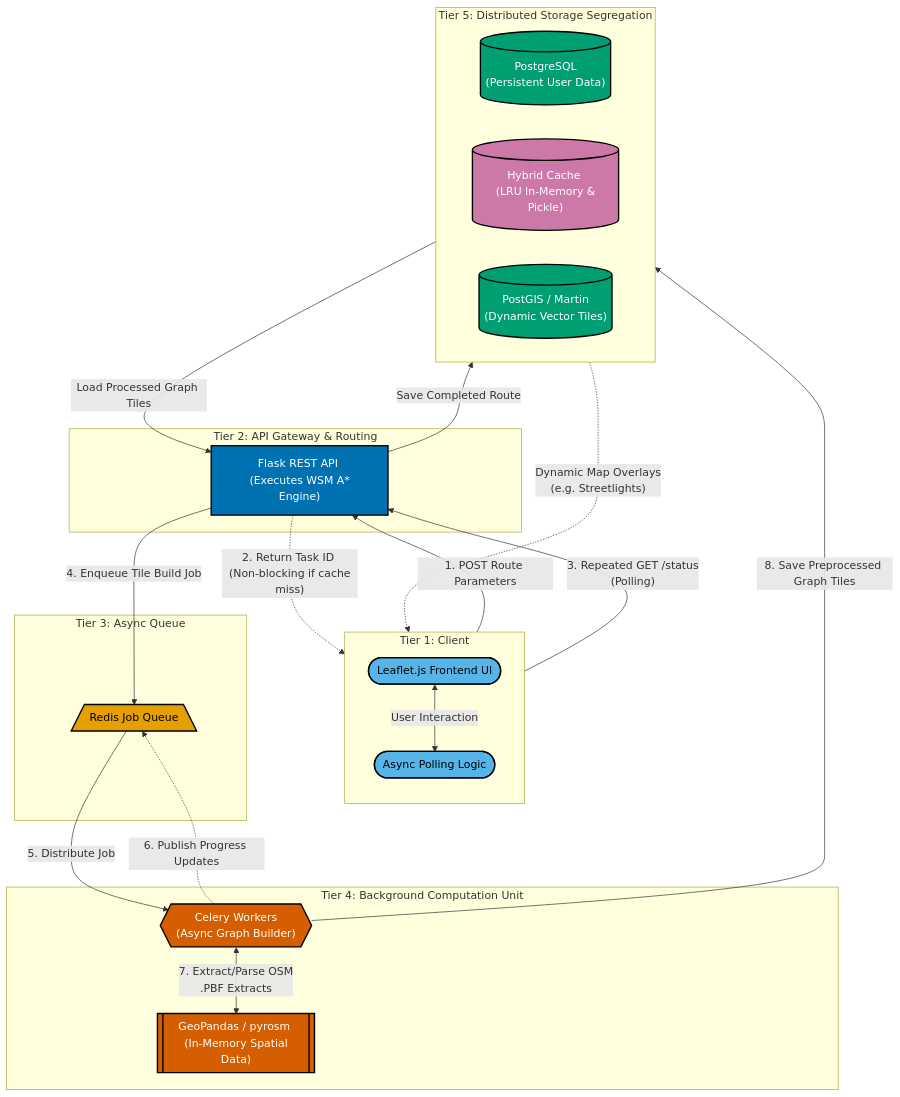
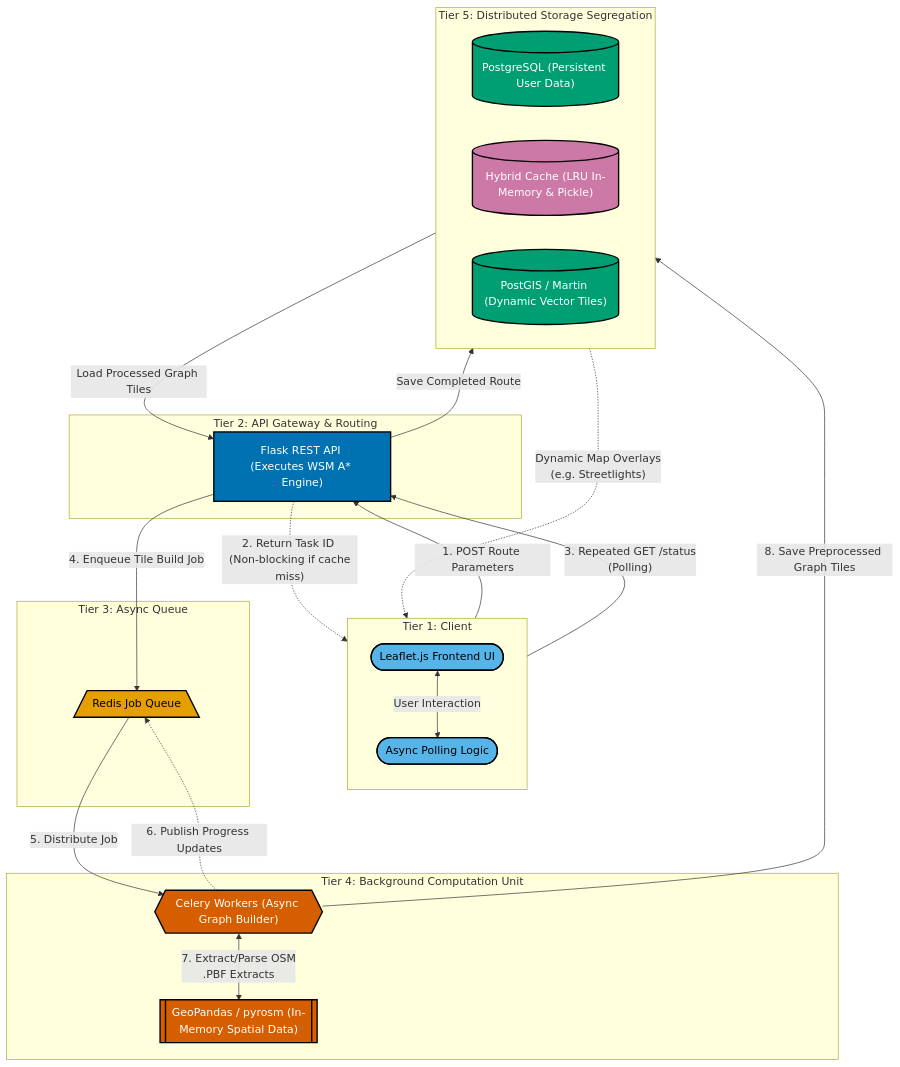
The diagram in docs/report_diagrams/1_async_architecture_data_flow.md (Chimpyr/pathfinder-project), drawn with Mermaid before and after one commit. The commit also changed other lines of this file and 13 other files, not shown here.

Commit message:
Fix trunk and REDIS race condition, with DIAGRAMS

````diff
--- a/docs/report_diagrams/1_async_architecture_data_flow.md
+++ b/docs/report_diagrams/1_async_architecture_data_flow.md
@@ -6,63 +6,52 @@
 ```mermaid
-flowchart TD
-    %% Define Okabe-Ito Accessible Colour Palette
+flowchart TB
+ subgraph Tier1["Tier 1: Client"]
+    direction TB
+        Frontend(["Leaflet.js Frontend UI"])
+        Polling(["Async Polling Logic"])
+  end
+ subgraph Tier2["Tier 2: API Gateway & Routing"]
+        Flask["Flask REST API (Executes WSM A* Engine)"]
+  end
+ subgraph Tier3["Tier 3: Async Queue"]
+        Redis[/"Redis Job Queue"\]
+  end
+ subgraph Tier4["Tier 4: Background Computation Unit"]
+        Celery{{"Celery Workers (Async Graph Builder)"}}
+        GeoPandas[["GeoPandas / pyrosm (In-Memory Spatial Data)"]]
+  end
+ subgraph Tier5["Tier 5: Distributed Storage Segregation"]
+    direction LR
+        UserDB[("PostgreSQL (Persistent User Data)")]
+        Cache[("Hybrid Cache (LRU In-Memory &amp; Pickle)")]
+        PostGIS[("PostGIS / Martin (Dynamic Vector Tiles)")]
+  end
+    Frontend <-- User Interaction --> Polling
+    Polling -- "1. POST Route Parameters" --> Flask
+    Flask -. "2. Return Task ID \n (Non-blocking if cache miss)" .-> Polling
+    Polling -- "3. Repeated GET /status \n (Polling)" --> Flask
+    PostGIS -. "Dynamic Map Overlays \n (e.g. Streetlights)" .-> Frontend
+    Flask -- "4. Enqueue Tile Build Job" --> Redis
+    Redis -- "5. Distribute Job" --> Celery
+    Celery -. "6. Publish Progress Updates" .-> Redis
+    Cache -- Load Processed Graph Tiles --> Flask
+    Flask -- Save Completed Route --> UserDB
+    Celery <-- "7. Extract/Parse OSM \n .PBF Extracts" --> GeoPandas
+    Celery -- "8. Save Preprocessed Graph Tiles" --> Cache
+
+     Frontend:::client
+     Polling:::client
+     Flask:::api
+     Redis:::broker
+     Celery:::processing
+     GeoPandas:::processing
+     UserDB:::db
+     Cache:::cache
+     PostGIS:::db
     classDef client fill:#56B4E9,stroke:#000000,stroke-width:2px,color:#000000
     classDef api fill:#0072B2,stroke:#000000,stroke-width:2px,color:#FFFFFF
     classDef broker fill:#E69F00,stroke:#000000,stroke-width:2px,color:#000000
     classDef processing fill:#D55E00,stroke:#000000,stroke-width:2px,color:#FFFFFF
     classDef db fill:#009E73,stroke:#000000,stroke-width:2px,color:#FFFFFF
     classDef cache fill:#CC79A7,stroke:#000000,stroke-width:2px,color:#FFFFFF
-
-    %% Tier 1: Client Layer
-    subgraph Tier1 [Tier 1: Client]
-        direction TB
-        Frontend(["Leaflet.js Frontend UI"]):::client
-        Polling(["Async Polling Logic"]):::client
-    end
-
-    %% Tier 2: API Gateway & Pathfinding Layer
-    subgraph Tier2 [Tier 2: API Gateway & Routing]
-        Flask["Flask REST API \n (Executes WSM A* Engine)"]:::api
-    end
-
-    %% Tier 3: Message Broker Layer
-    subgraph Tier3 [Tier 3: Async Queue]
-        Redis[/"Redis Job Queue"\]:::broker
-    end
-
-    %% Tier 4: Pre-Processing Layer
-    subgraph Tier4 [Tier 4: Background Computation Unit]
-        Celery{{"Celery Workers \n (Async Graph Builder)"}}:::processing
-        GeoPandas[["GeoPandas / pyrosm \n (In-Memory Spatial Data)"]]:::processing
-    end
-
-    %% Tier 5: Storage Layer
-    subgraph Tier5 [Tier 5: Distributed Storage Segregation]
-        direction LR
-        UserDB[("PostgreSQL \n (Persistent User Data)")]:::db
-        Cache[("Hybrid Cache \n (LRU In-Memory & Pickle)")]:::cache
-        PostGIS[("PostGIS / Martin \n (Dynamic Vector Tiles)")]:::db
-    end
-
-    %% Client to API Connections
-    Frontend <-->|"User Interaction"| Polling
-    Polling -- "1. POST Route Parameters" --> Flask
-    Flask -. "2. Return Task ID \n (Non-blocking if cache miss)" .-> Polling
-    Polling -- "3. Repeated GET /status \n (Polling)" --> Flask
-    
-    %% Output direct to client
-    PostGIS -. "Dynamic Map Overlays \n (e.g. Streetlights)" .-> Frontend
-    
-    %% Internal Backend Routing (Cache Miss)
-    Flask -- "4. Enqueue Tile Build Job" --> Redis
-    Redis -- "5. Distribute Job" --> Celery
-    Celery -. "6. Publish Progress Updates" .-> Redis
-    
-    %% Fast Path Routing
-    Cache -- "Load Processed Graph Tiles" --> Flask
-    Flask -- "Save Completed Route" --> UserDB
-    
-    %% Computation to Storage Connections
-    Celery <-->|"7. Extract/Parse OSM \n .PBF Extracts"| GeoPandas
-    Celery -- "8. Save Preprocessed Graph Tiles" --> Cache
 ```
````
